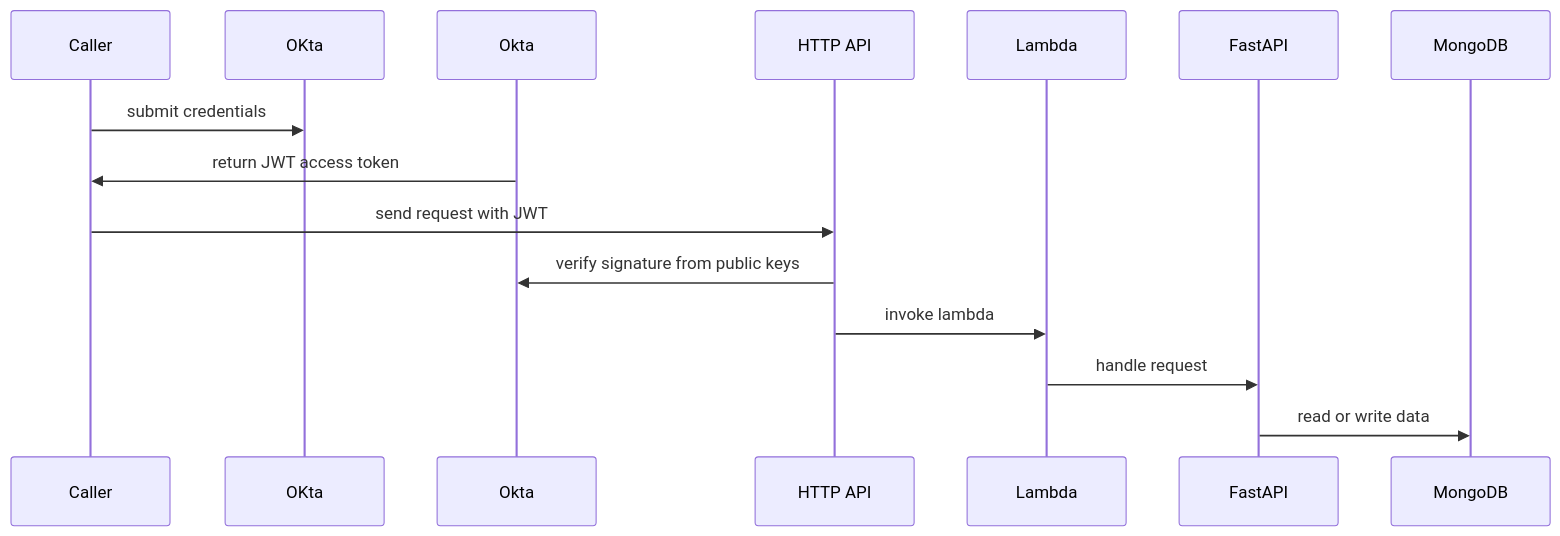
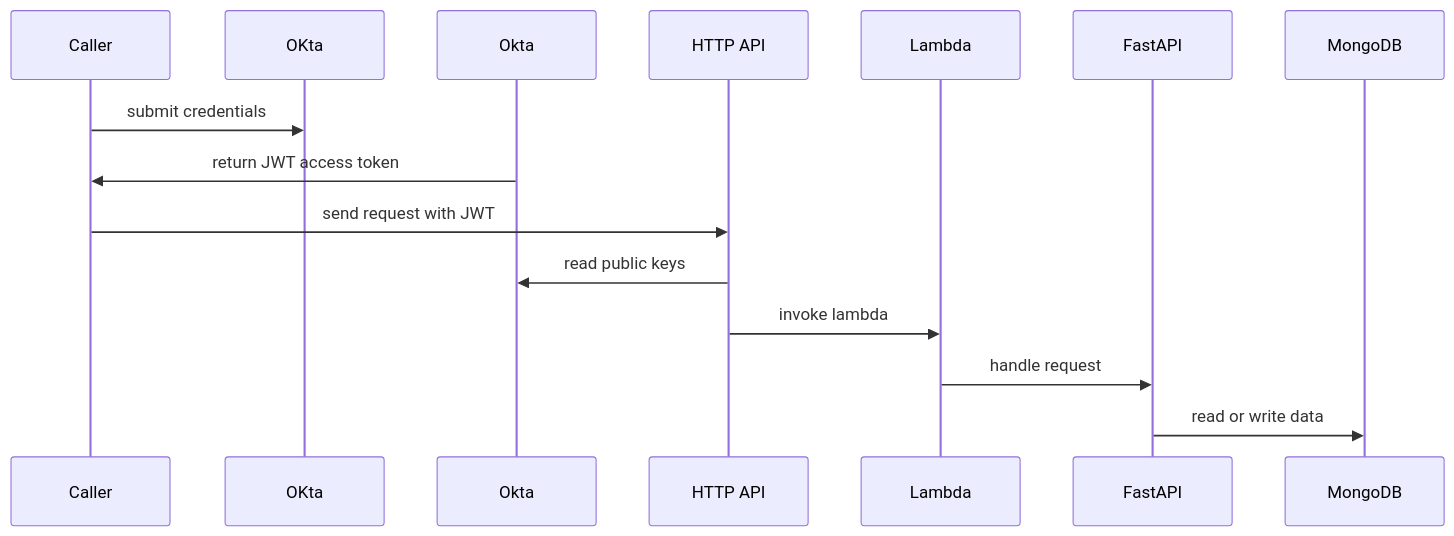
The diagram in docs/images/architecture-sequence-diagram.md (rkhullar/example-webapp), drawn with Mermaid before and after one commit.

````diff
--- a/docs/images/architecture-sequence-diagram.md
+++ b/docs/images/architecture-sequence-diagram.md
@@ -1,10 +1,10 @@
 ```mermaid
 sequenceDiagram
 Caller->>OKta: submit credentials
 Okta->>Caller: return JWT access token
 Caller->>HTTP API: send request with JWT
-HTTP API->>Okta: verify signature from public keys
+HTTP API->>Okta: read public keys
 HTTP API->>Lambda: invoke lambda
 Lambda->>FastAPI: handle request
 FastAPI->>MongoDB: read or write data
 ```
````
